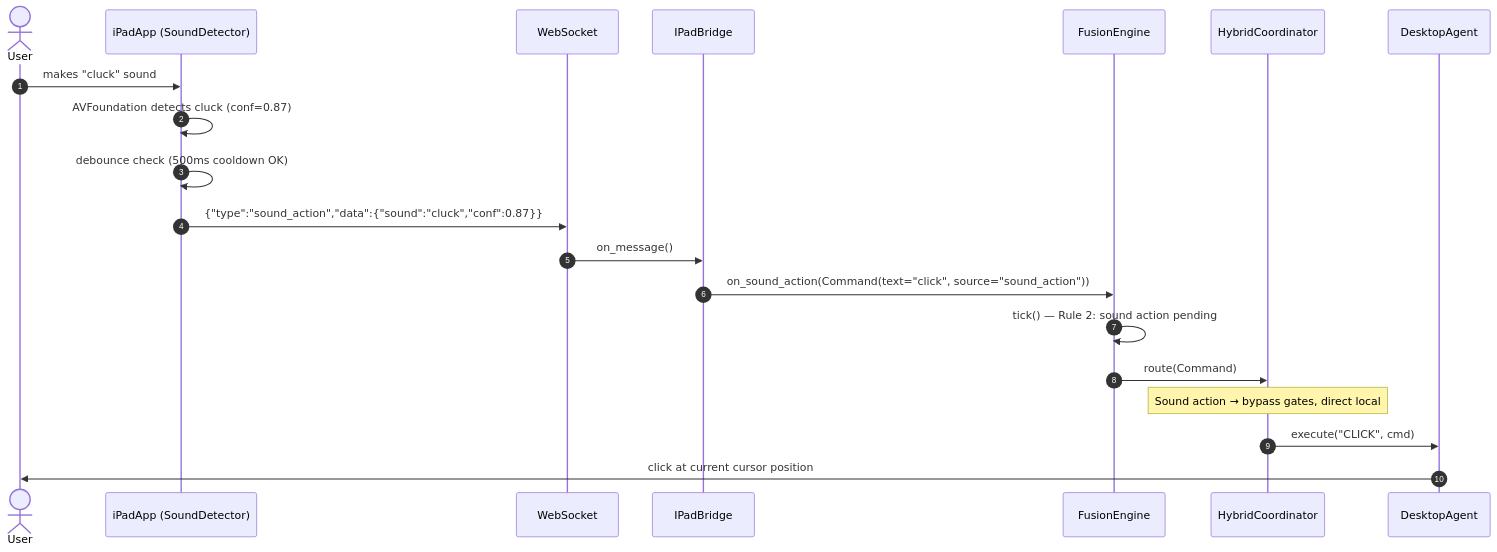
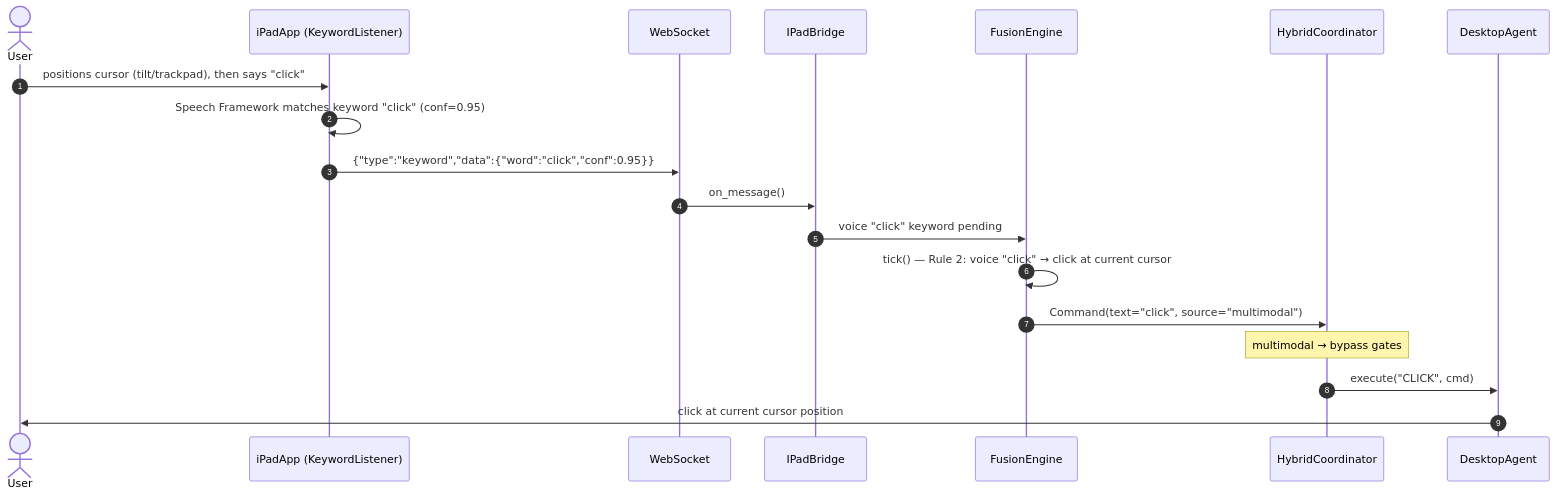
One commit to Bradly187/Personal-Desktop-Agent changed the third of 8 diagrams in specs/ipad-sensor-focus/diagrams/03-sequence-diagrams.md. Above: the diagram before and after it, drawn with Mermaid. The commit also changed other lines of this file and 16 other files, not shown here.

````diff
--- a/specs/ipad-sensor-focus/diagrams/03-sequence-diagrams.md
+++ b/specs/ipad-sensor-focus/diagrams/03-sequence-diagrams.md
@@ -61,23 +65,22 @@
 ```mermaid
 sequenceDiagram
     autonumber
     actor User
-    participant iPad as iPadApp (SoundDetector)
+    participant iPad as iPadApp (KeywordListener)
     participant WS as WebSocket
     participant Bridge as IPadBridge
     participant Fusion as FusionEngine
     participant Coord as HybridCoordinator
     participant Agent as DesktopAgent
 
-    User->>iPad: makes "cluck" sound
-    iPad->>iPad: AVFoundation detects cluck (conf=0.87)
-    iPad->>iPad: debounce check (500ms cooldown OK)
-    iPad->>WS: {"type":"sound_action","data":{"sound":"cluck","conf":0.87}}
+    User->>iPad: positions cursor (tilt/trackpad), then says "click"
+    iPad->>iPad: Speech Framework matches keyword "click" (conf=0.95)
+    iPad->>WS: {"type":"keyword","data":{"word":"click","conf":0.95}}
     WS->>Bridge: on_message()
-    Bridge->>Fusion: on_sound_action(Command(text="click", source="sound_action"))
-    Fusion->>Fusion: tick() — Rule 2: sound action pending
-    Fusion->>Coord: route(Command)
-    Note over Coord: Sound action → bypass gates, direct local
+    Bridge->>Fusion: voice "click" keyword pending
+    Fusion->>Fusion: tick() — Rule 2: voice "click" → click at current cursor
+    Fusion->>Coord: Command(text="click", source="multimodal")
+    Note over Coord: multimodal → bypass gates
     Coord->>Agent: execute("CLICK", cmd)
     Agent->>User: click at current cursor position
 ```
````
